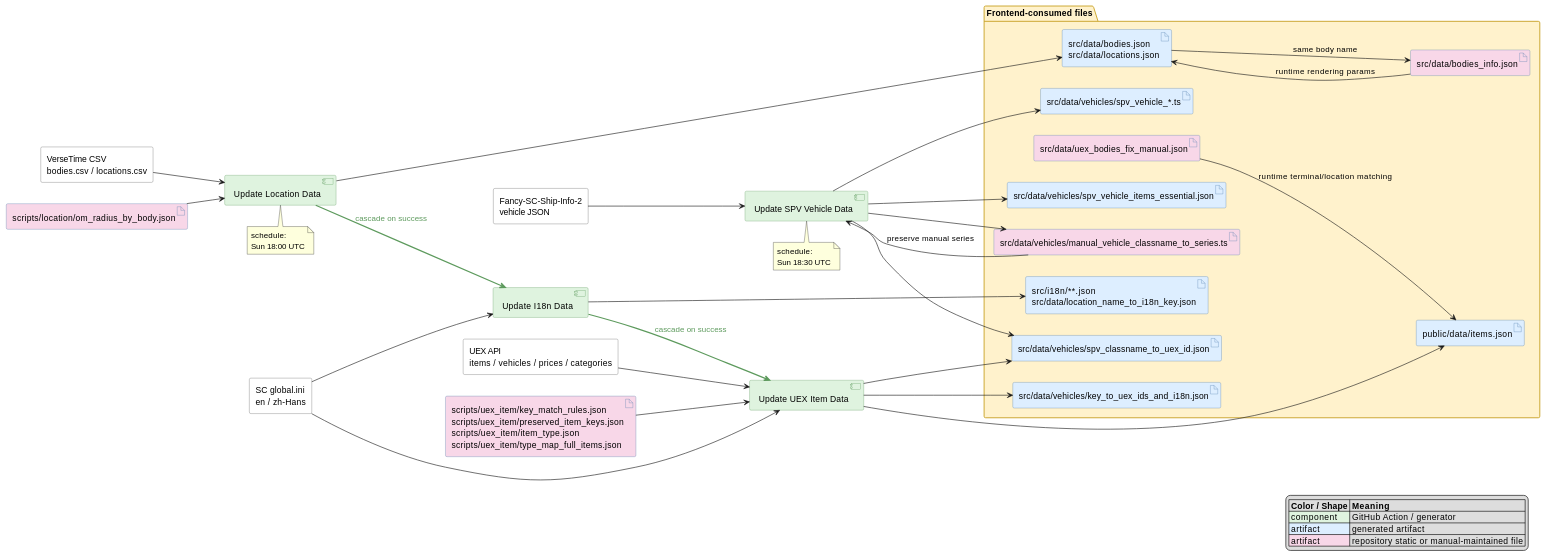
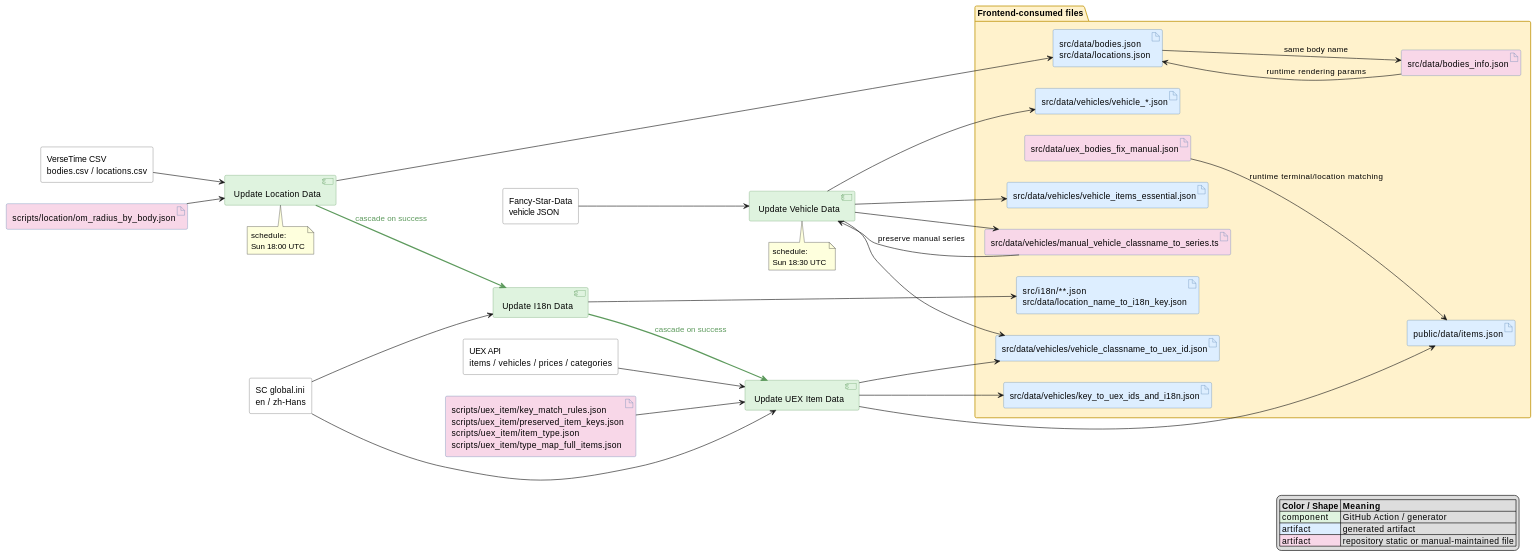
Before and after one commit to GrakePch/FSD-item-finder: the diagram in docs/data-flow.md, drawn with PlantUML. The commit also changed other lines of this file and 32 other files, not shown here.

```diff
--- a/docs/data-flow.md
+++ b/docs/data-flow.md
@@ -37,9 +37,9 @@
 rectangle "UEX API\nitems / vehicles / prices / categories" as UEX
 component "Update UEX Item Data" as UEX_ACTION
 
-rectangle "Fancy-SC-Ship-Info-2\nvehicle JSON" as SPV_REPO
-component "Update SPV Vehicle Data" as SPV_ACTION
-note bottom of SPV_ACTION
+rectangle "Fancy-Star-Data\nvehicle JSON" as VEHICLE_REPO
+component "Update Vehicle Data" as VEHICLE_ACTION
+note bottom of VEHICLE_ACTION
   schedule:
   Sun 18:30 UTC
 end note
@@ -53,11 +53,11 @@
   artifact "src/data/bodies.json\nsrc/data/locations.json" as LOC
   artifact "src/data/bodies_info.json" as BODIES_INFO #F8D7E8
   artifact "src/data/uex_bodies_fix_manual.json" as RUNTIME_STATIC #F8D7E8
-  artifact "src/data/vehicles/spv_vehicle_*.ts" as SPV_DATA
-  artifact "src/data/vehicles/spv_vehicle_items_essential.json" as SPV_ITEMS
+  artifact "src/data/vehicles/vehicle_*.json" as VEHICLE_DATA
+  artifact "src/data/vehicles/vehicle_items_essential.json" as VEHICLE_ITEMS
   artifact "src/data/vehicles/manual_vehicle_classname_to_series.ts" as MANUAL_SERIES #F8D7E8
   artifact "src/data/vehicles/key_to_uex_ids_and_i18n.json" as VEH_UEX
-  artifact "src/data/vehicles/spv_classname_to_uex_id.json" as SPV_UEX
+  artifact "src/data/vehicles/vehicle_classname_to_uex_id.json" as VEHICLE_UEX
 }
 
 VT --> LOC_ACTION
@@ -74,14 +74,14 @@
 UEX_STATIC --> UEX_ACTION
 UEX_ACTION --> ITEM
 UEX_ACTION --> VEH_UEX
-UEX_ACTION --> SPV_UEX
+UEX_ACTION --> VEHICLE_UEX
 
-SPV_REPO --> SPV_ACTION
-MANUAL_SERIES --> SPV_ACTION : preserve manual series
-SPV_ACTION --> SPV_DATA
-SPV_ACTION --> SPV_ITEMS
-SPV_ACTION --> MANUAL_SERIES
-SPV_ACTION --> SPV_UEX
+VEHICLE_REPO --> VEHICLE_ACTION
+MANUAL_SERIES --> VEHICLE_ACTION : preserve manual series
+VEHICLE_ACTION --> VEHICLE_DATA
+VEHICLE_ACTION --> VEHICLE_ITEMS
+VEHICLE_ACTION --> MANUAL_SERIES
+VEHICLE_ACTION --> VEHICLE_UEX
 
 LOC --> BODIES_INFO : same body name
 BODIES_INFO --> LOC : runtime rendering params
```
